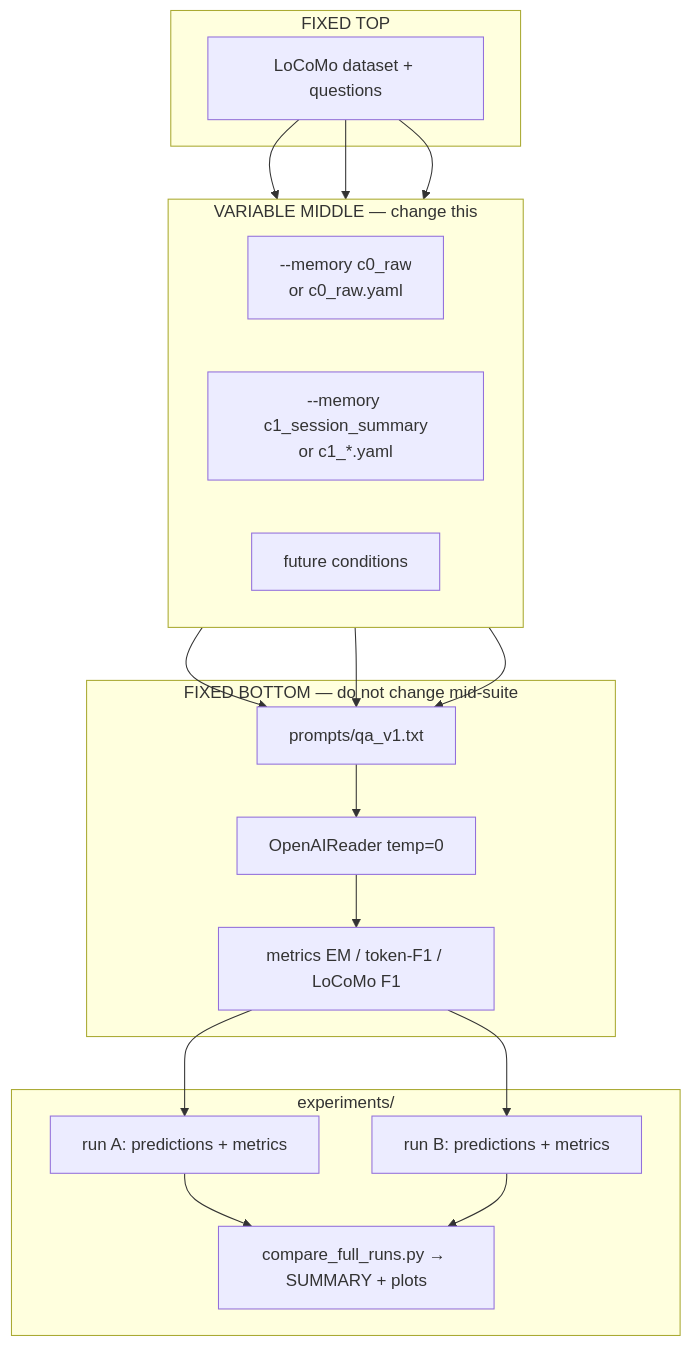
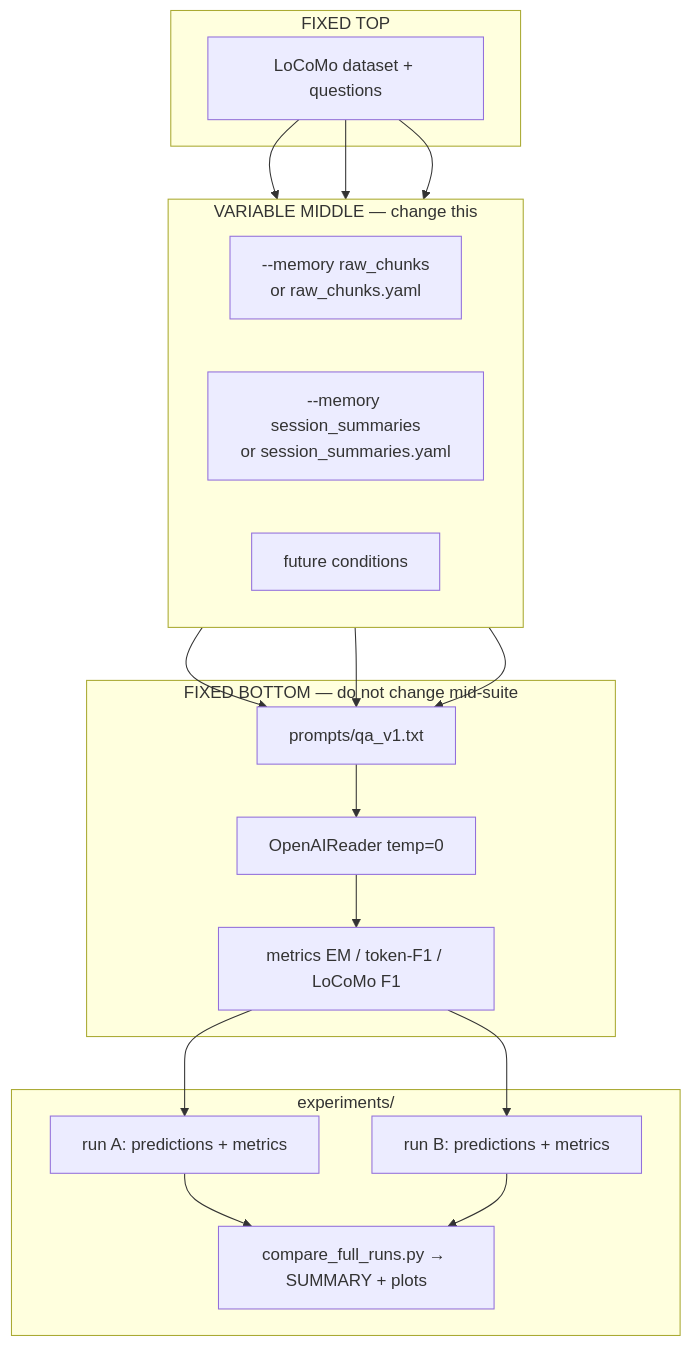
The third of 4 diagrams in README.md (park-jsdev/long-term-memory-eval), drawn with Mermaid before and after one commit. The commit also changed other lines of this file and 32 other files, not shown here.

````diff
--- a/README.md
+++ b/README.md
@@ -121,38 +121,38 @@
 ```mermaid
 flowchart TB
   subgraph FrozenTop["FIXED TOP"]
     D["LoCoMo dataset + questions"]
   end
 
   subgraph Variable["VARIABLE MIDDLE — change this"]
     direction LR
-    M0["--memory c0_raw\nor c0_raw.yaml"]
-    M1["--memory c1_session_summary\nor c1_*.yaml"]
+    M0["--memory raw_chunks\nor raw_chunks.yaml"]
+    M1["--memory session_summaries\nor session_summaries.yaml"]
     MX["future conditions"]
   end
 
   subgraph FrozenBottom["FIXED BOTTOM — do not change mid-suite"]
     P["prompts/qa_v1.txt"]
     R["OpenAIReader temp=0"]
     S["metrics EM / token-F1 / LoCoMo F1"]
   end
 
   subgraph Artifacts["experiments/"]
     A["run A: predictions + metrics"]
     B["run B: predictions + metrics"]
     C["compare_full_runs.py → SUMMARY + plots"]
   end
 
   D --> M0
   D --> M1
   D --> MX
   M0 --> P
   M1 --> P
   MX --> P
   P --> R
   R --> S
   S --> A
   S --> B
   A --> C
   B --> C
 ```
````
